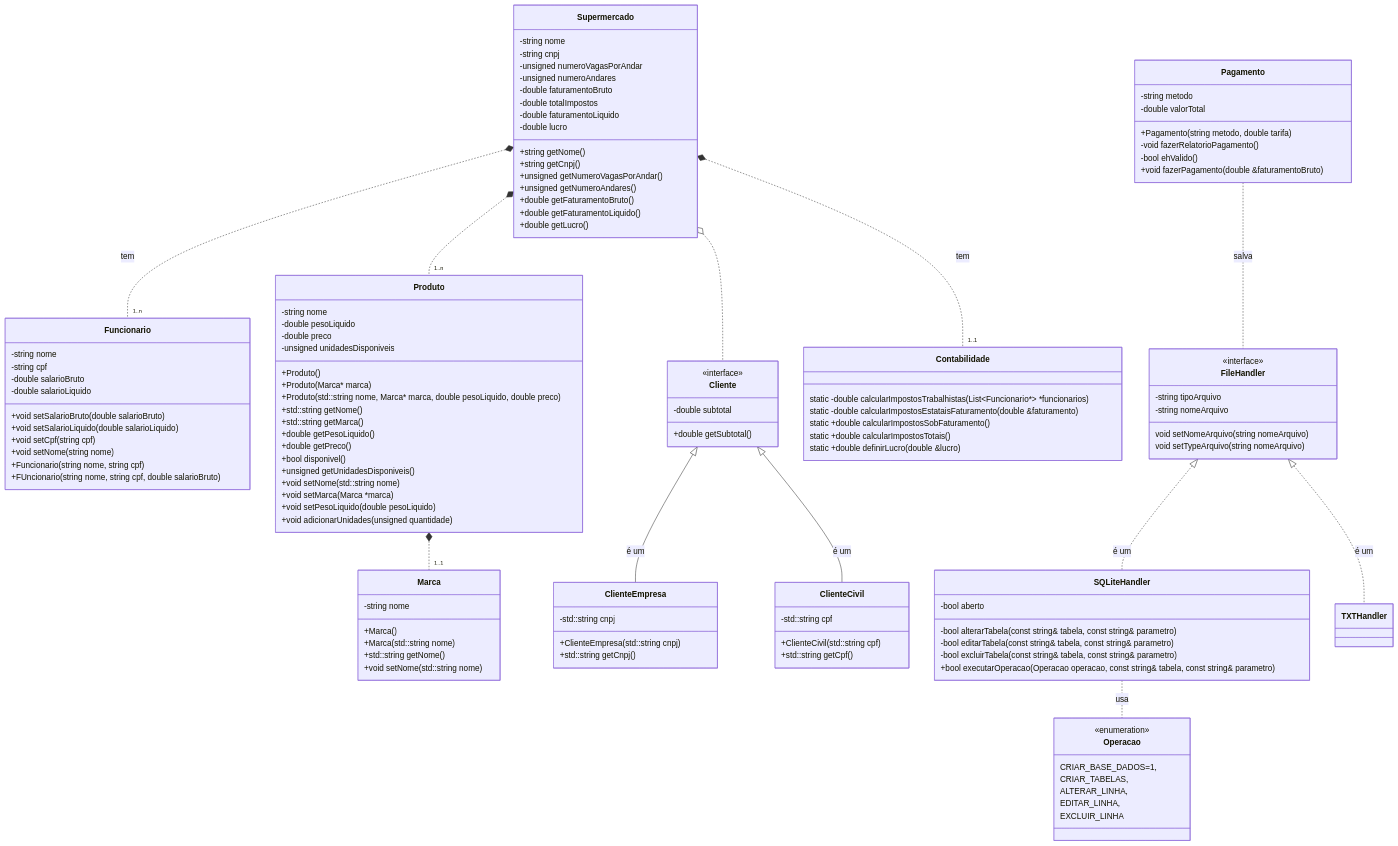
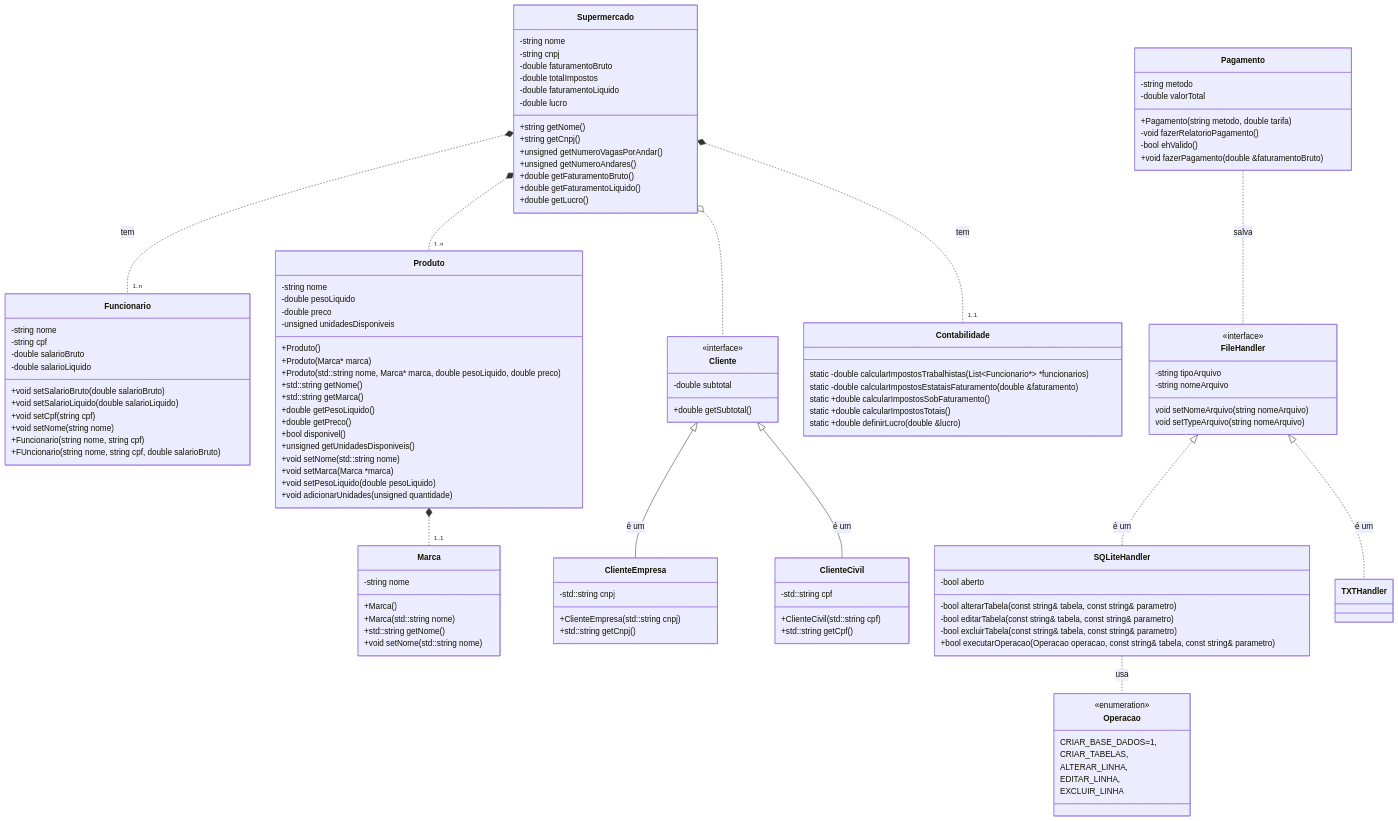
Before and after one commit to Dannzcd/smart-market: the diagram in README.md, drawn with Mermaid.

Commit message:
Atualizando README.md

```diff
--- a/README.md
+++ b/README.md
@@ -41,8 +41,6 @@
 class Supermercado{
     -string nome
     -string cnpj
-    -unsigned numeroVagasPorAndar
-    -unsigned numeroAndares
     -double faturamentoBruto
     -double totalImpostos
     -double faturamentoLiquido
```
